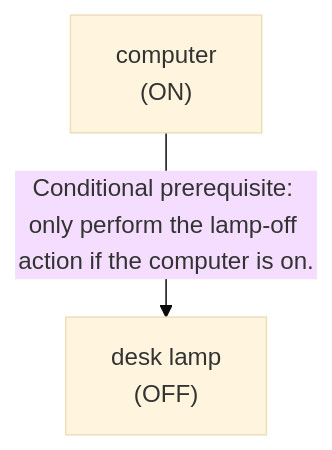
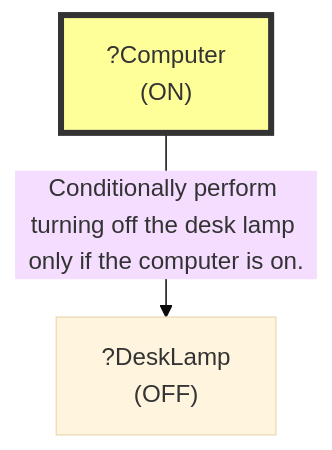
One commit to scuama/virtualhome changed the diagram in evaluation/results/table3/robostate/runs/without_goal_reasoning/G3_12/run_T3_without_goal_reasoning_G3_12.md. Above: the diagram before and after it, drawn with Mermaid (base theme). The commit also changed other lines of this file and 507 other files, not shown here.

````diff
--- a/evaluation/results/table3/robostate/runs/without_goal_reasoning/G3_12/run_T3_without_goal_reasoning_G3_12.md
+++ b/evaluation/results/table3/robostate/runs/without_goal_reasoning/G3_12/run_T3_without_goal_reasoning_G3_12.md
@@ -32,6 +60,7 @@
 ```mermaid
 graph TD
-    N1["computer<br>(ON)"]
-    N2["desk lamp<br>(OFF)"]
-    N1 -->|"Conditional prerequisite: only perform the lamp-off action if the computer is on."| N2
+    N1["?Computer<br>(ON)"]
+    style N1 fill:#ff9,stroke:#333,stroke-width:4px
+    N2["?DeskLamp<br>(OFF)"]
+    N1 -->|"Conditionally perform turning off the desk lamp only if the computer is on."| N2
 ```
````
